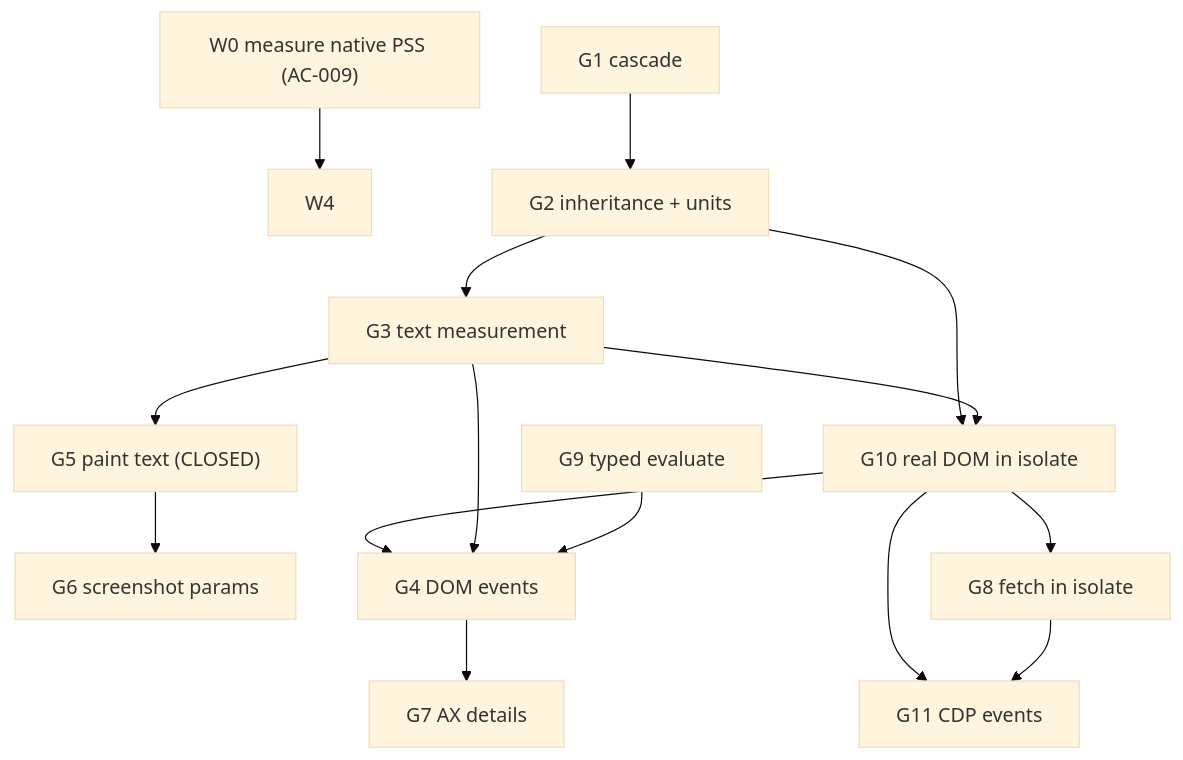
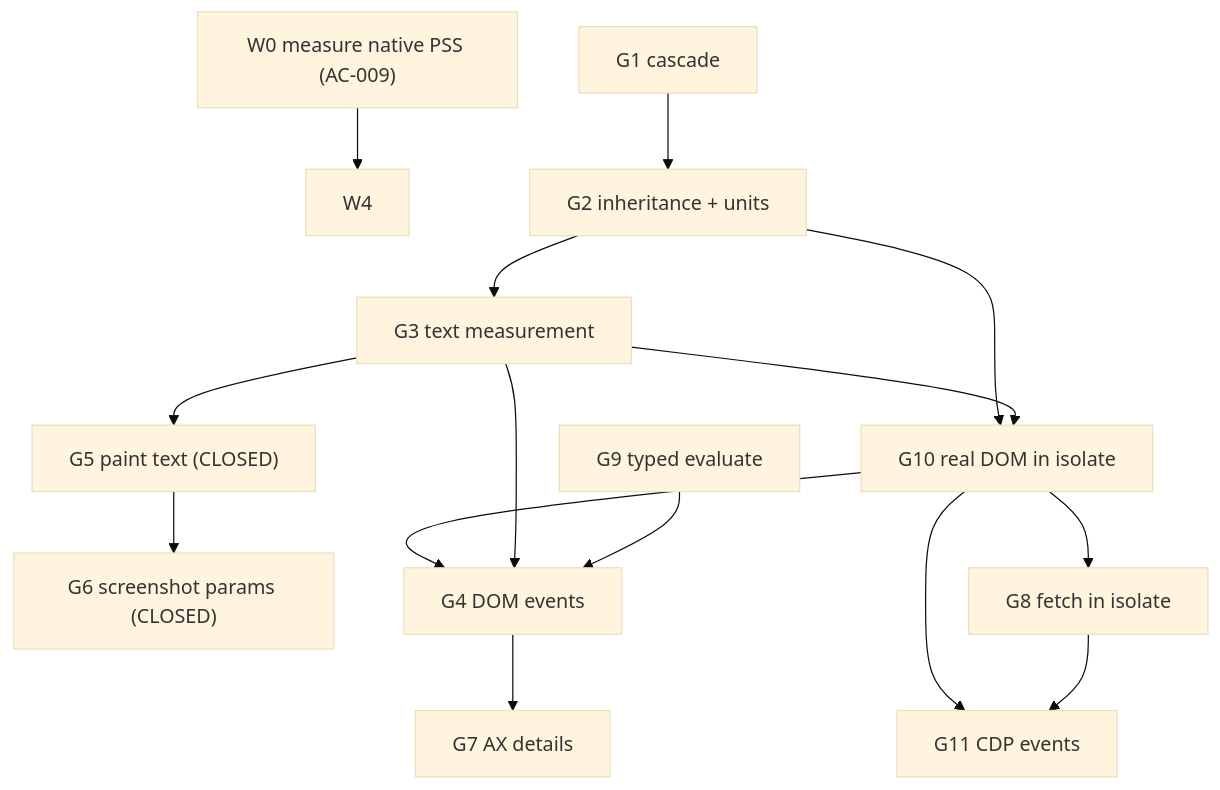
Before and after one commit to adi805/opencrabs-browser: the diagram in docs/prd/URUTAN-KERJA-CELAH 121126-0700.md, drawn with Mermaid (base theme). The commit also changed other lines of this file and 2 other files, not shown here.

First line of the commit message:
docs(prd): record the closed screenshot parameter gap

````diff
--- a/docs/prd/URUTAN-KERJA-CELAH 121126-0700.md
+++ b/docs/prd/URUTAN-KERJA-CELAH 121126-0700.md
@@ -51,17 +51,17 @@
 ```mermaid
 flowchart TD
     W0["W0 measure native PSS (AC-009)"] --> W4
     G1["G1 cascade"] --> G2["G2 inheritance + units"]
     G2 --> G3["G3 text measurement"]
     G3 --> G5["G5 paint text (CLOSED)"]
-    G5 --> G6["G6 screenshot params"]
+    G5 --> G6["G6 screenshot params (CLOSED)"]
     G2 --> G10["G10 real DOM in isolate"]
     G3 --> G10
     G10 --> G4["G4 DOM events"]
     G3 --> G4
     G10 --> G8["G8 fetch in isolate"]
     G4 --> G7["G7 AX details"]
     G10 --> G11["G11 CDP events"]
     G8 --> G11
     G9["G9 typed evaluate"] --> G4
 ```
````
